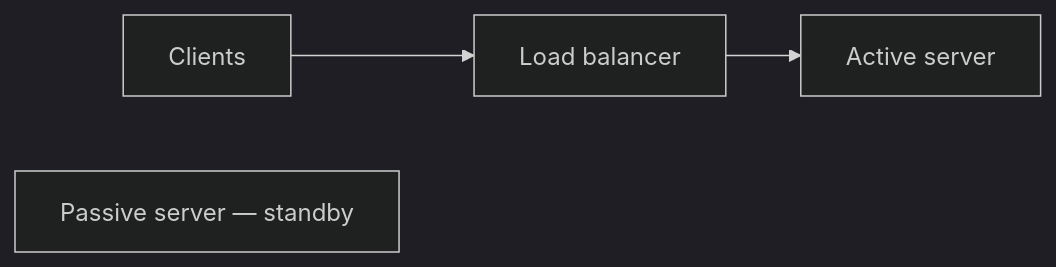
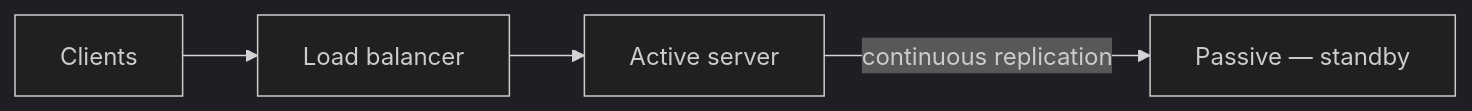
One commit to hareramcse/SystemDesign changed the tenth of 21 diagrams in 12-reliability-engineering/README.md. Above: the diagram before and after it, drawn with Mermaid (dark theme). The commit also changed other lines of this file, not shown here.

````diff
--- a/12-reliability-engineering/README.md
+++ b/12-reliability-engineering/README.md
@@ -564,6 +448,6 @@
 ```mermaid
 flowchart LR
     Clients[Clients] --> LB[Load balancer]
     LB --> Active[Active server]
-    Passive[Passive server — standby]
+    Active -->|continuous replication| Passive[Passive — standby]
 ```
````
